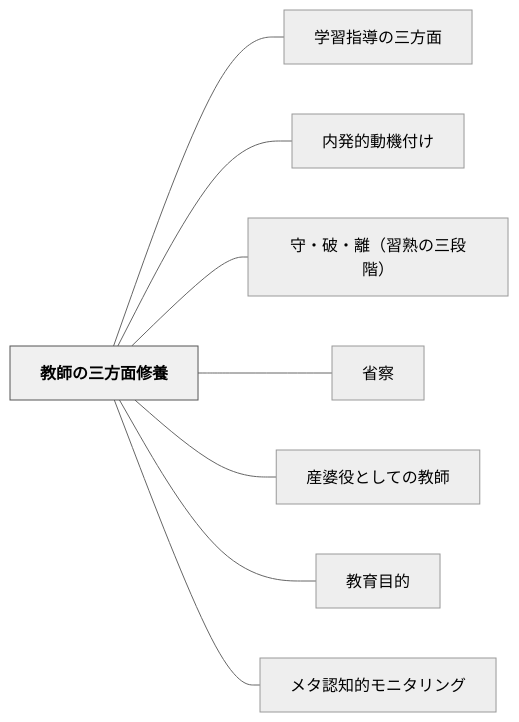
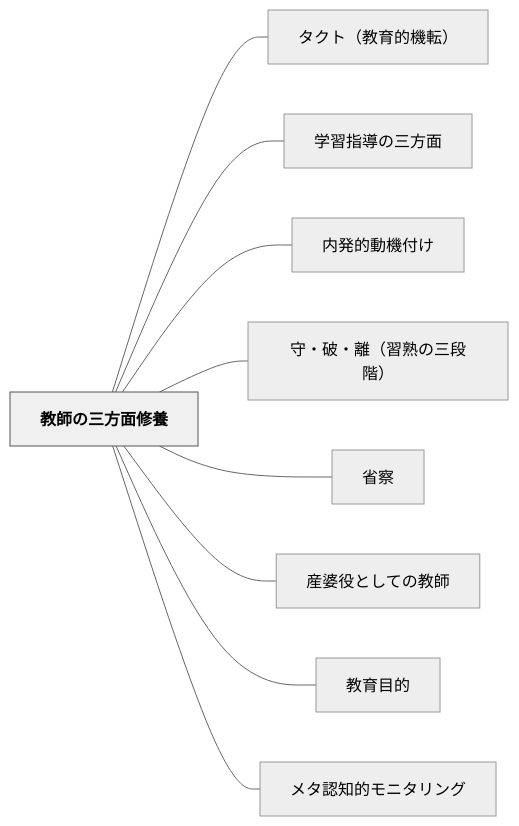
One commit to unknownthings-ed-patterns/unknownthings-ed-patterns changed the diagram in content/パタン/教師の三方面修養.md. Above: the diagram before and after it, drawn with Mermaid (neutral theme). The commit also changed other lines of this file and 12 other files, not shown here.

````diff
--- a/content/パタン/教師の三方面修養.md
+++ b/content/パタン/教師の三方面修養.md
@@ -126,22 +127,24 @@
 ```mermaid
 flowchart LR
     ne69599e5b8abe381aee4b889e696b9e99da2e4bfaee9a48a["教師の三方面修養"]
+    ne382bfe382afe38388efbc88e69599e882b2e79a84e6a99fe8bba2efbc89["タクト（教育的機転）"]
     ne5ada6e7bf92e68c87e5b08ee381aee4b889e696b9e99da2["学習指導の三方面"]
     ne58685e799bae79a84e58b95e6a99fe4bb98e38191["内発的動機付け"]
     ne5ae88e383bbe7a0b4e383bbe99ba2efbc88e7bf92e7869fe381aee4b889e6aeb5e99a8eefbc89["守・破・離（習熟の三段階）"]
     ne79c81e5af9f["省察"]
     ne794a3e5a986e5bdb9e381a8e38197e381a6e381aee69599e5b8ab["産婆役としての教師"]
     ne69599e882b2e79baee79a84["教育目的"]
     ne383a1e382bfe8aa8de79fa5e79a84e383a2e3838be382bfe383aae383b3e382b0["メタ認知的モニタリング"]
 
+    ne69599e5b8abe381aee4b889e696b9e99da2e4bfaee9a48a --- ne382bfe382afe38388efbc88e69599e882b2e79a84e6a99fe8bba2efbc89
     ne69599e5b8abe381aee4b889e696b9e99da2e4bfaee9a48a --- ne5ada6e7bf92e68c87e5b08ee381aee4b889e696b9e99da2
     ne69599e5b8abe381aee4b889e696b9e99da2e4bfaee9a48a --- ne58685e799bae79a84e58b95e6a99fe4bb98e38191
     ne69599e5b8abe381aee4b889e696b9e99da2e4bfaee9a48a --- ne5ae88e383bbe7a0b4e383bbe99ba2efbc88e7bf92e7869fe381aee4b889e6aeb5e99a8eefbc89
     ne69599e5b8abe381aee4b889e696b9e99da2e4bfaee9a48a --- ne79c81e5af9f
     ne69599e5b8abe381aee4b889e696b9e99da2e4bfaee9a48a --- ne794a3e5a986e5bdb9e381a8e38197e381a6e381aee69599e5b8ab
     ne69599e5b8abe381aee4b889e696b9e99da2e4bfaee9a48a --- ne69599e882b2e79baee79a84
     ne69599e5b8abe381aee4b889e696b9e99da2e4bfaee9a48a --- ne383a1e382bfe8aa8de79fa5e79a84e383a2e3838be382bfe383aae383b3e382b0
 
     classDef hub fill:#f0f0f0,stroke:#555,color:#000,font-weight:bold
     class ne69599e5b8abe381aee4b889e696b9e99da2e4bfaee9a48a hub
 ```
````
